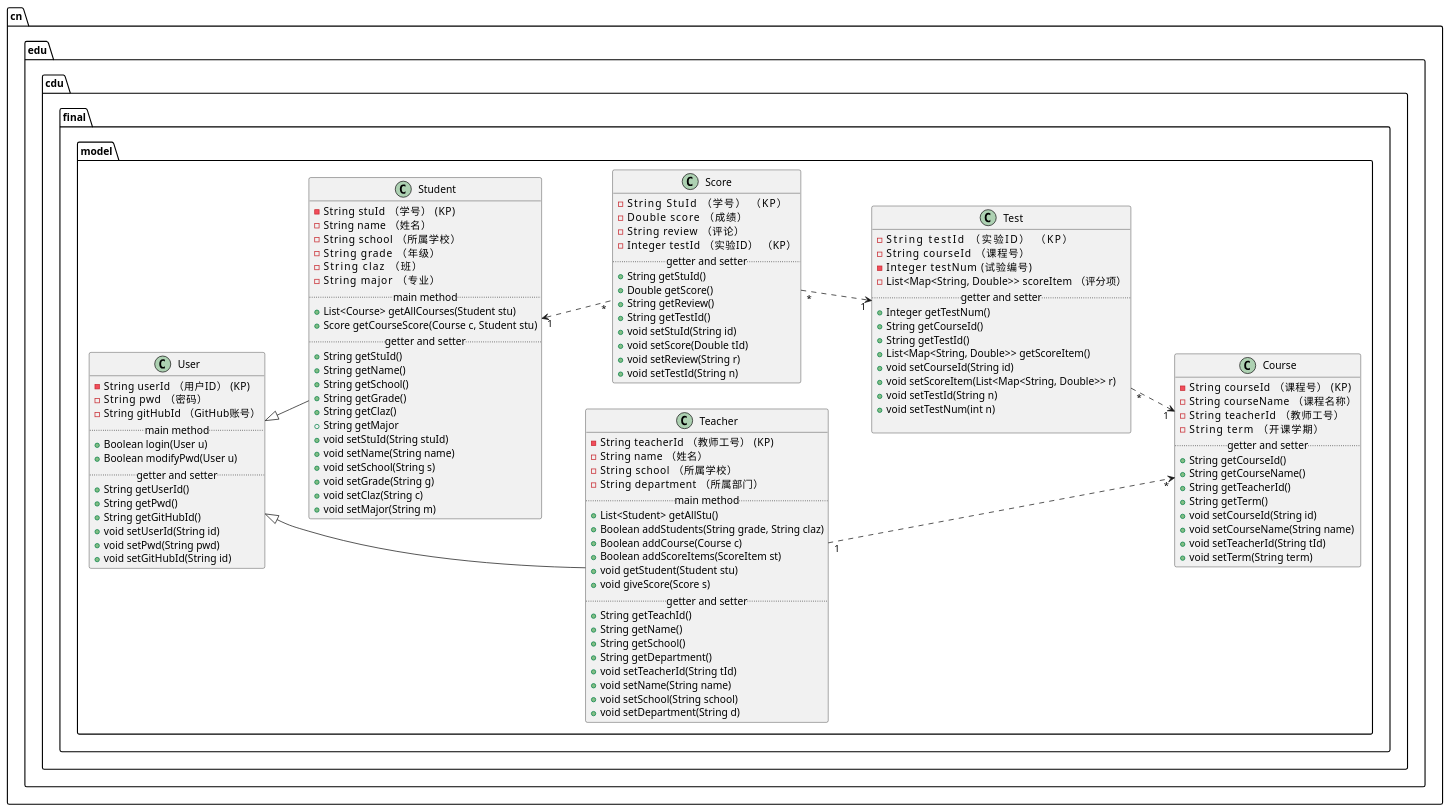
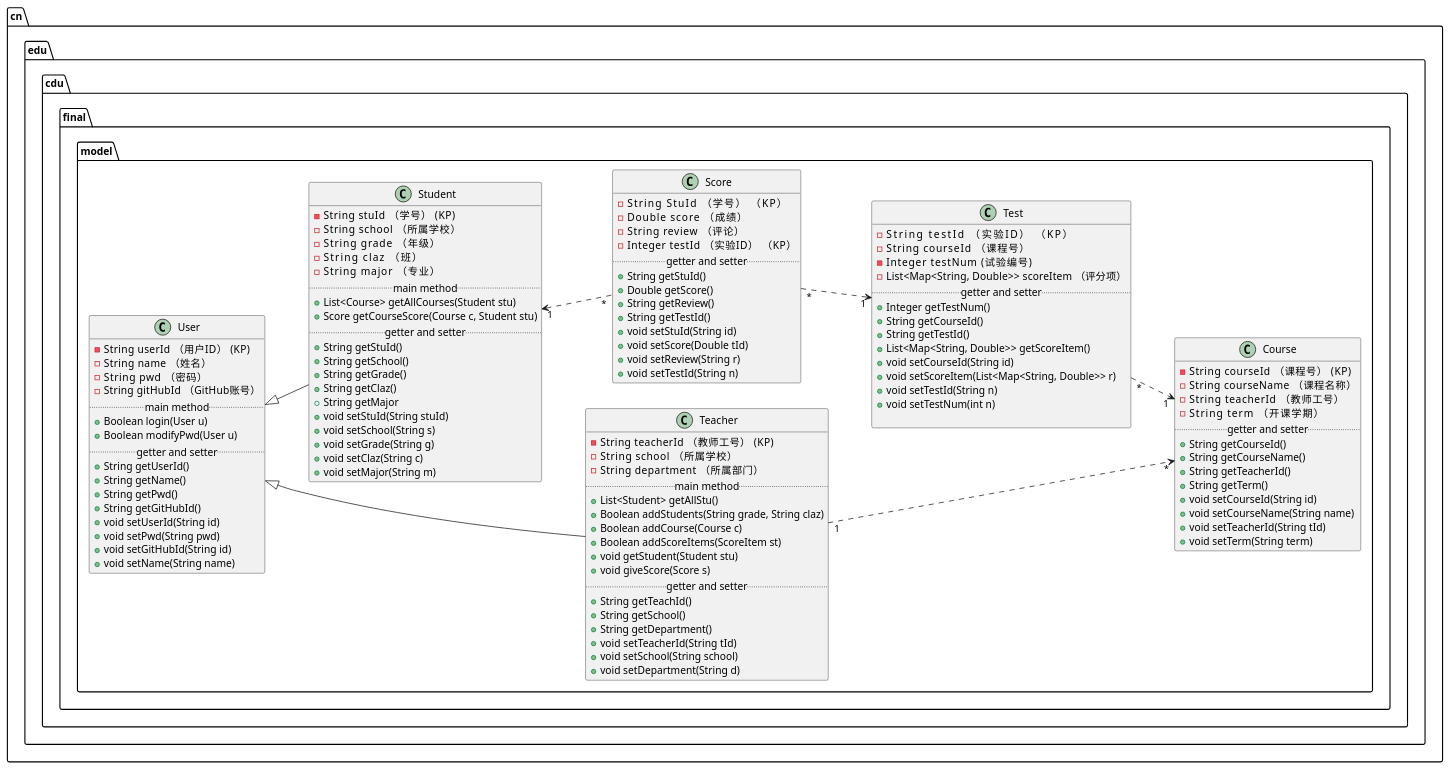
One commit to ApplauseWow/is_analysis changed the diagram in test6/src/class.puml. Above: the diagram before and after it, drawn with PlantUML. The commit also changed 1 other file, not shown here.

```diff
--- a/test6/src/class.puml
+++ b/test6/src/class.puml
@@ -1,130 +1,127 @@
 @startuml
 left to right direction
 
 package cn.edu.cdu.final.model{
     class User{
         - String userId  （用户ID）   (KP)
+        - String name   （姓名）
         - String pwd    （密码）
         - String gitHubId   （GitHub账号）
         ..main method..
         + Boolean login(User u)
         + Boolean modifyPwd(User u)
         ..getter and setter..
         + String getUserId()
+        + String getName()
         + String getPwd()
         + String getGitHubId()
         + void setUserId(String id)
         + void setPwd(String pwd)
         + void setGitHubId(String id)
+        + void setName(String name)
     }
 
     class Teacher{
         - String teacherId   （教师工号）   (KP)
-        - String name   （姓名）
         - String school     （所属学校）
         - String department     （所属部门）
         ..main method..
         + List<Student> getAllStu()
         + Boolean addStudents(String grade, String claz)
         + Boolean addCourse(Course c)
         + Boolean addScoreItems(ScoreItem st)
         + void getStudent(Student stu)
         + void giveScore(Score s)
         ..getter and setter..
         + String getTeachId()
-        + String getName()
         + String getSchool()
         + String getDepartment()
         + void setTeacherId(String tId)
-        + void setName(String name)
         + void setSchool(String school)
         + void setDepartment(String d)
     }
 
     class Student{
         - String stuId   （学号）   (KP)
-        - String name   （姓名）
         - String school     （所属学校）
         - String grade      （年级）
         - String claz       （班）
         - String major      （专业）
         ..main method..
         + List<Course> getAllCourses(Student stu)
         + Score getCourseScore(Course c, Student stu)
         ..getter and setter..
         + String getStuId()
-        + String getName()
         + String getSchool()
         + String getGrade()
         + String getClaz()
         + String getMajor
         + void setStuId(String stuId)
-        + void setName(String name)
         + void setSchool(String s)
         + void setGrade(String g)
         + void setClaz(String c)
         + void setMajor(String m)
     }
 
     class Course{
         - String courseId    （课程号）   (KP)
         - String courseName     （课程名称）
         - String teacherId      （教师工号）
         - String term       （开课学期）
         ..getter and setter..
         + String getCourseId()
         + String getCourseName()
         + String getTeacherId()
         + String getTerm()
         + void setCourseId(String id)
         + void setCourseName(String name)
         + void setTeacherId(String tId)
         + void setTerm(String term)
     }
 
     class Score{
         - String StuId      （学号）     （KP）
         - Double score      （成绩）
         - String review     （评论）
         - Integer testId     （实验ID）  （KP）
         ..getter and setter..
         + String getStuId()
         + Double getScore()
         + String getReview()
         + String getTestId()
         + void setStuId(String id)
         + void setScore(Double tId)
         + void setReview(String r)
         + void setTestId(String n)
     }
 
     class Test{
         - String testId          （实验ID）      （KP）
         - String courseId       （课程号）
         - Integer testNum       (试验编号)
         - List<Map<String, Double>> scoreItem   （评分项）
         ..getter and setter..
         + Integer getTestNum()
         + String getCourseId()
         + String getTestId()
         + List<Map<String, Double>> getScoreItem()
         + void setCourseId(String id)
         + void setScoreItem(List<Map<String, Double>> r)
         + void setTestId(String n)
         + void setTestNum(int n)
 
     }
 
     User <|-- Teacher
     User <|-- Student
 
     Teacher "1" ..> "*" Course
     Student "1" <.. "*" Score
     Score "*" ..> "1" Test
     Test "*" ..> "1" Course
 
 }
 
 
 
 @enduml
```
